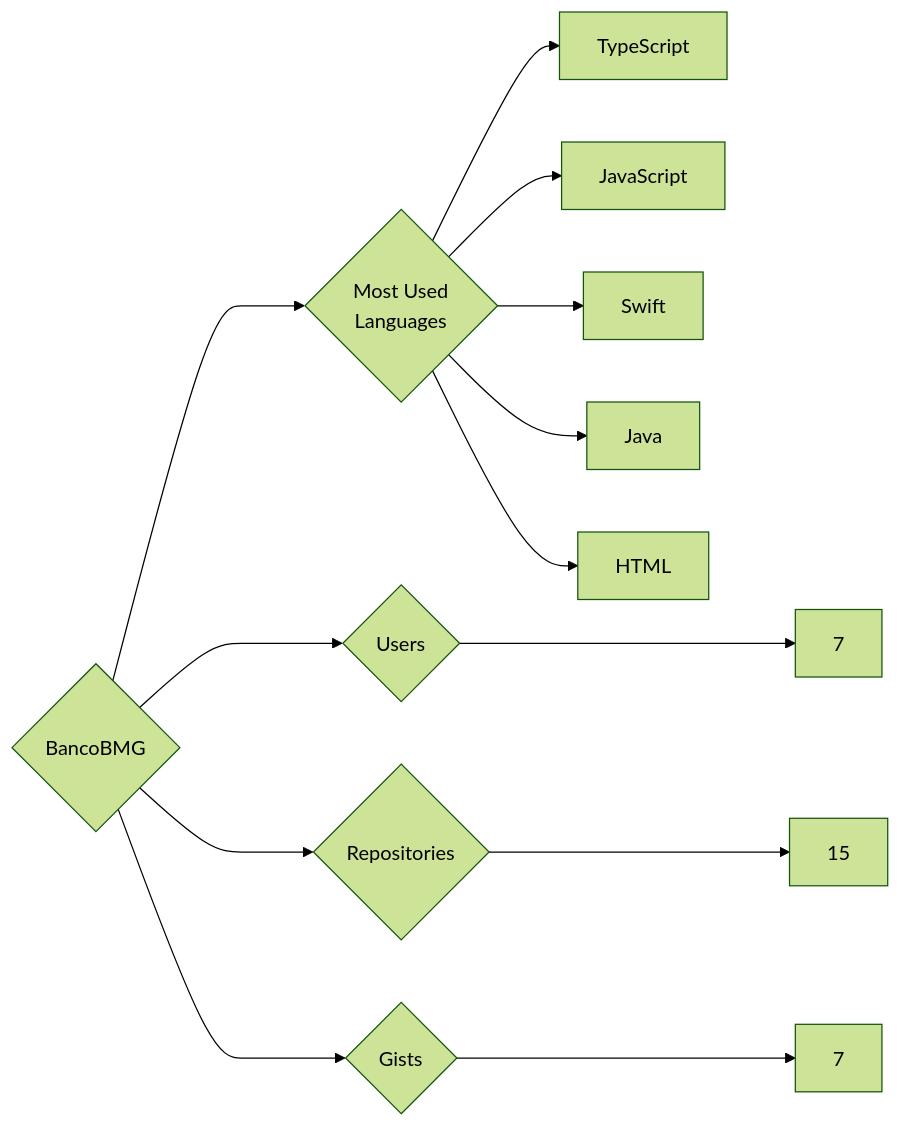
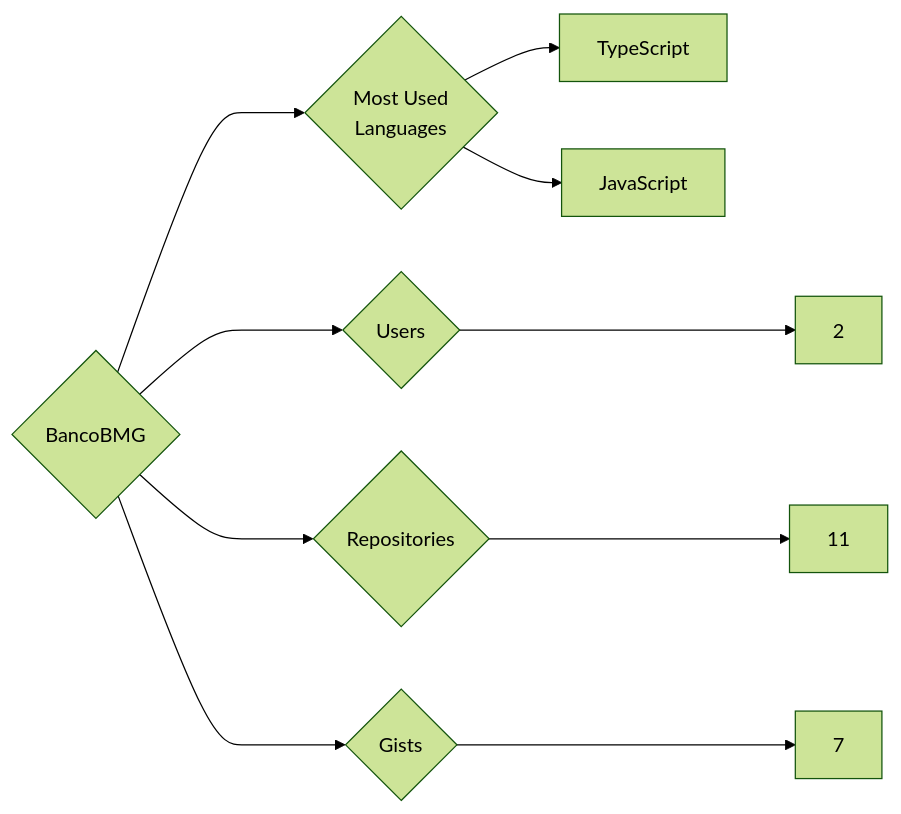
One commit to trickest/insiders changed the diagram in targets/BancoBMG/README.md. Above: the diagram before and after it, drawn with Mermaid (forest theme). The commit also changed 857 other files, not shown here.

````diff
--- a/targets/BancoBMG/README.md
+++ b/targets/BancoBMG/README.md
@@ -3,13 +3,10 @@
 ```mermaid
 graph LR
 COMPANY_NAME{BancoBMG}
-COMPANY_NAME ---> U{Users} ---> UN[7]
-COMPANY_NAME ---> R{Repositories} ---> RN[15]
+COMPANY_NAME ---> U{Users} ---> UN[2]
+COMPANY_NAME ---> R{Repositories} ---> RN[11]
 COMPANY_NAME ---> G{Gists} ---> GN[7]
 COMPANY_NAME ---> ML{Most Used<br>Languages}
 ML --> TypeScript[TypeScript]
 ML --> JavaScript[JavaScript]
-ML --> Swift[Swift]
-ML --> Java[Java]
-ML --> HTML[HTML]
 ```
````
